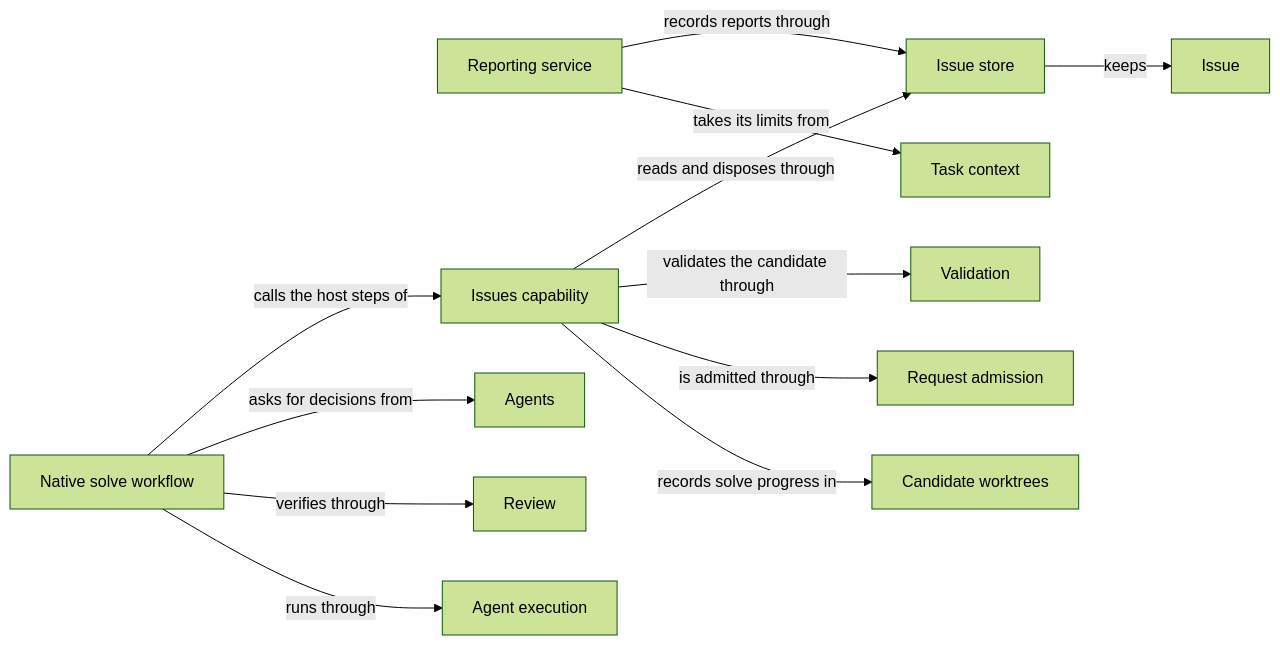
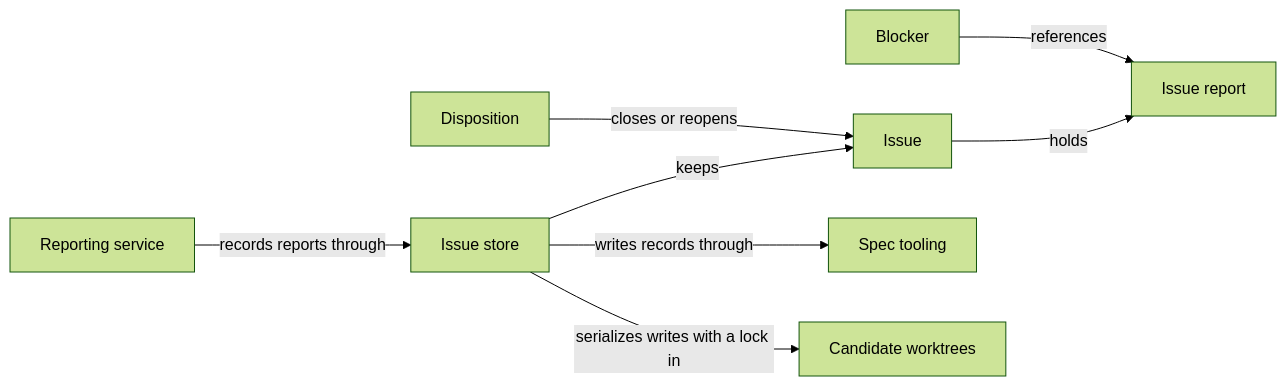
One commit to FTOD/concorde changed the diagram in specs/concorde/issues/module.md. Above: the diagram before and after it, drawn with Mermaid (forest theme). The commit also changed other lines of this file and 213 other files, not shown here.

First line of the commit message:
Rewrite Concorde's Specs for the layered architecture

````diff
--- a/specs/concorde/issues/module.md
+++ b/specs/concorde/issues/module.md
@@ -183,14 +179,12 @@
 ```mermaid
 flowchart LR
+    accTitle: Issues structure
+    accDescr: The reporting service records reports through the store, which keeps Issues; Blockers reference reports and dispositions close or reopen Issues.
     Reporting[Reporting service] -->|records reports through| Store[Issue store]
-    Capability[Issues capability] -->|reads and disposes through| Store
     Store -->|keeps| Issue[Issue]
-    Workflow[Native solve workflow] -->|calls the host steps of| Capability
-    Workflow -->|asks for decisions from| Agents
-    Workflow -->|verifies through| Review
-    Workflow -->|runs through| Execution[Agent execution]
-    Capability -->|validates the candidate through| Validation
-    Capability -->|is admitted through| Admission[Request admission]
-    Capability -->|records solve progress in| Worktrees[Candidate worktrees]
-    Reporting -->|takes its limits from| Context[Task context]
+    Issue -->|holds| Report[Issue report]
+    Blocker[Blocker] -->|references| Report
+    Disposition[Disposition] -->|closes or reopens| Issue
+    Store -->|writes records through| Spec[Spec tooling]
+    Store -->|serializes writes with a lock in| Worktrees[Candidate worktrees]
 ```
````
